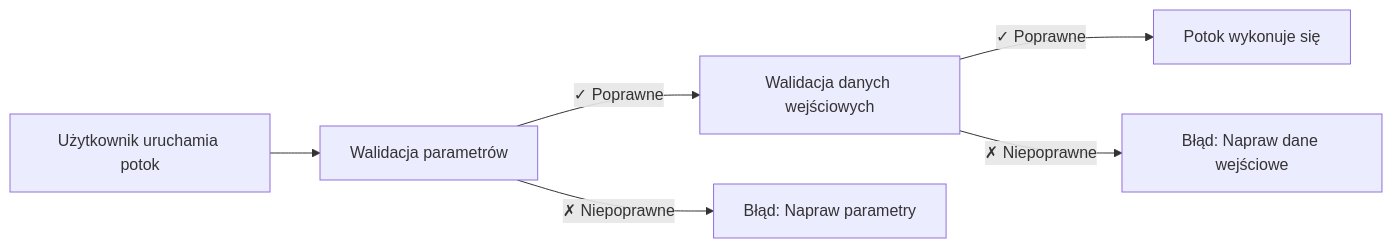
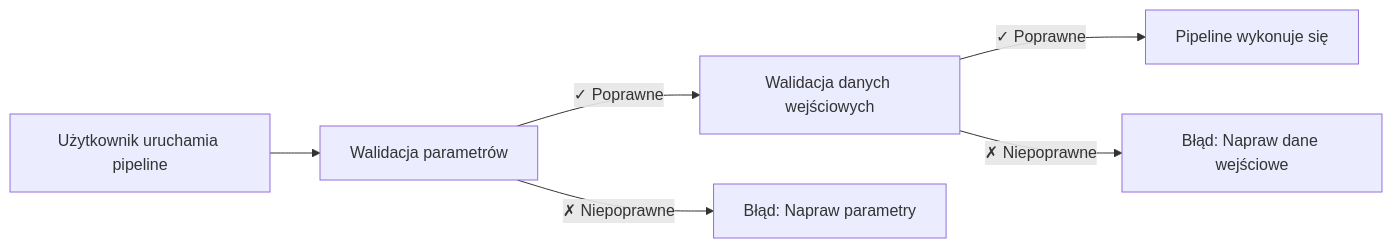
Before and after one commit to nextflow-io/training: the diagram in docs/pl/docs/hello_nf-core/05_input_validation.md, drawn with Mermaid. The commit also changed other lines of this file and 71 other files, not shown here.

````diff
--- a/docs/pl/docs/hello_nf-core/05_input_validation.md
+++ b/docs/pl/docs/hello_nf-core/05_input_validation.md
@@ -126,8 +126,8 @@
 ```mermaid
 graph LR
-    A[Użytkownik uruchamia potok] --> B[Walidacja parametrów]
+    A[Użytkownik uruchamia pipeline] --> B[Walidacja parametrów]
     B -->|✓ Poprawne| C[Walidacja danych wejściowych]
     B -->|✗ Niepoprawne| D[Błąd: Napraw parametry]
-    C -->|✓ Poprawne| E[Potok wykonuje się]
+    C -->|✓ Poprawne| E[Pipeline wykonuje się]
     C -->|✗ Niepoprawne| F[Błąd: Napraw dane wejściowe]
 ```
````
